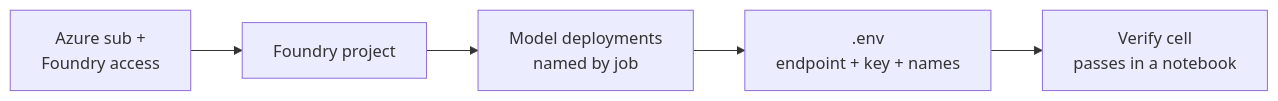
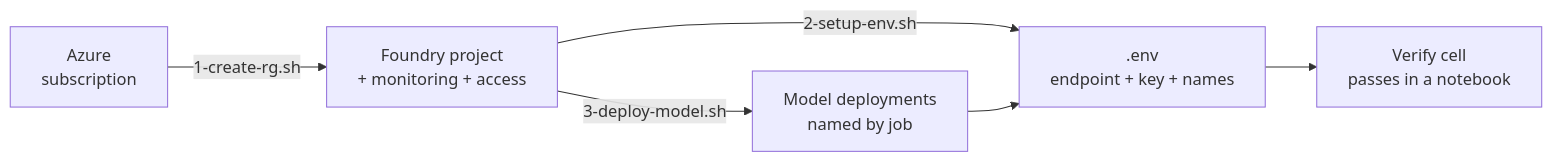
One commit to nitya/model-releases changed the diagram in models/quickstart/README.md. Above: the diagram before and after it, drawn with Mermaid. The commit also changed other lines of this file and 41 other files, not shown here.

````diff
--- a/models/quickstart/README.md
+++ b/models/quickstart/README.md
@@ -30,7 +37,8 @@
 ```mermaid
 flowchart LR
-    A[Azure sub +<br/>Foundry access] --> B[Foundry project]
-    B --> C[Model deployments<br/>named by job]
-    C --> D[.env<br/>endpoint + key + names]
+    A[Azure<br/>subscription] -->|1-create-rg.sh| B[Foundry project<br/>+ monitoring + access]
+    B -->|2-setup-env.sh| D[.env<br/>endpoint + key + names]
+    B -->|3-deploy-model.sh| C[Model deployments<br/>named by job]
+    C --> D
     D --> E[Verify cell<br/>passes in a notebook]
 ```
````
